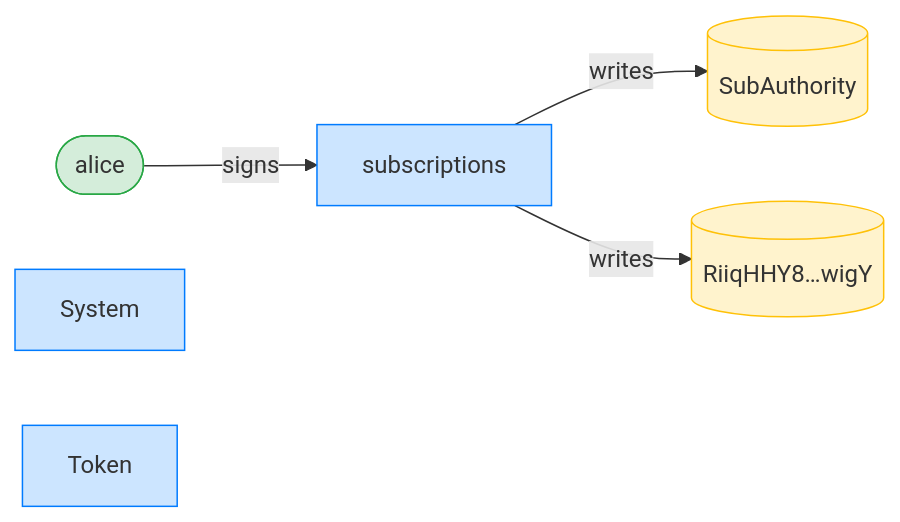
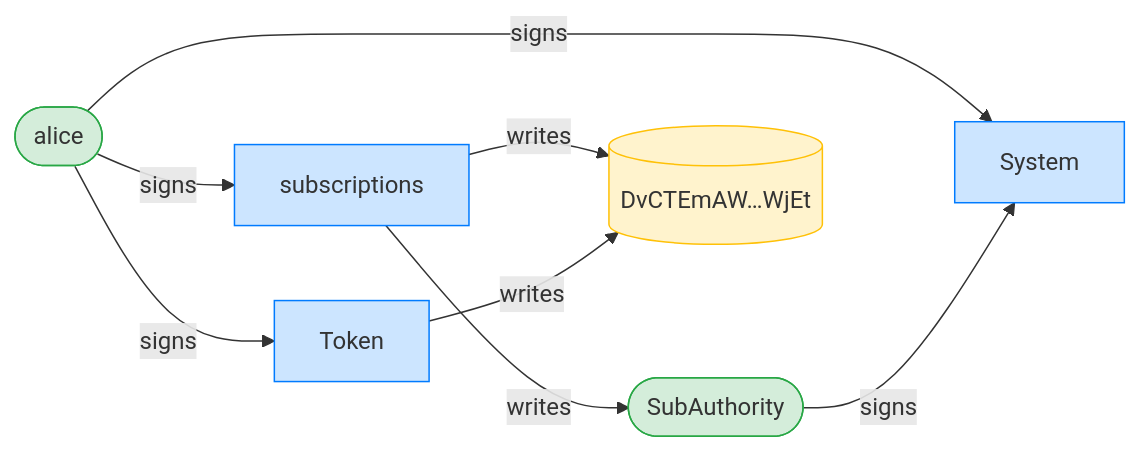
The third of 8 diagrams in dsl_tests/survive-a-pre-funded-delegation-pda.md (cds-rs/subscriptions), drawn with Mermaid before and after one commit. The commit also changed other lines of this file and 224 other files, not shown here.

````diff
--- a/dsl_tests/survive-a-pre-funded-delegation-pda.md
+++ b/dsl_tests/survive-a-pre-funded-delegation-pda.md
@@ -53,15 +54,19 @@
 ```mermaid
 flowchart LR
     classDef signer fill:#d4edda,stroke:#28a745;
     classDef program fill:#cce5ff,stroke:#007bff;
     classDef writable fill:#fff3cd,stroke:#ffc107;
     subscriptions[subscriptions]:::program
     alice([alice]):::signer
-    SubAuthority[(SubAuthority)]:::writable
-    RiiqHHY8_wigY[("RiiqHHY8…wigY")]:::writable
+    SubAuthority([SubAuthority]):::signer
+    DvCTEmAW_WjEt[("DvCTEmAW…WjEt")]:::writable
     System[System]:::program
     Token[Token]:::program
     alice -->|signs| subscriptions
+    alice -->|signs| System
+    SubAuthority -->|signs| System
+    alice -->|signs| Token
     subscriptions -->|writes| SubAuthority
-    subscriptions -->|writes| RiiqHHY8_wigY
+    subscriptions -->|writes| DvCTEmAW_WjEt
+    Token -->|writes| DvCTEmAW_WjEt
 ```
````
